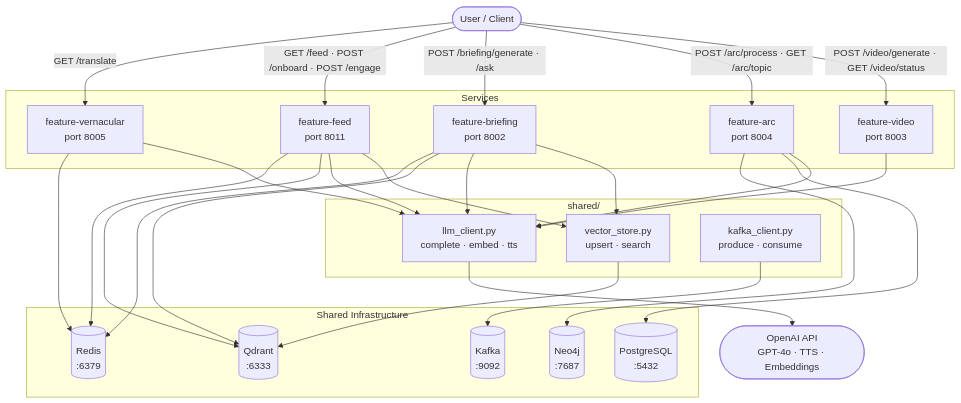
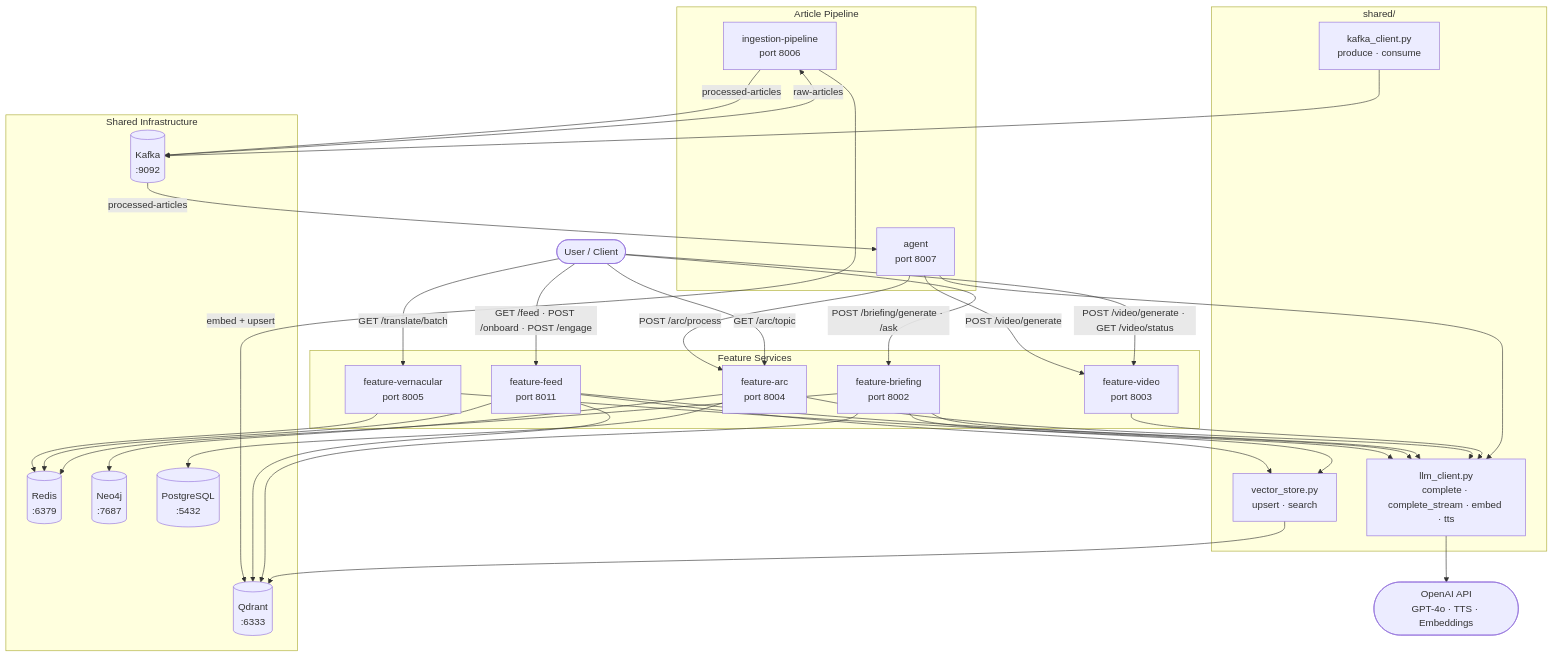
The first of 6 diagrams in README.md (anishaman6206/et-news-platform), drawn with Mermaid before and after one commit. The commit also changed other lines of this file and 4 other files, not shown here.

First line of the commit message:
docs: update README, ARCHITECTURE, startup scripts

````diff
--- a/README.md
+++ b/README.md
@@ -84,54 +85,67 @@
 ```mermaid
 flowchart TD
   User([User / Client])
 
-  subgraph Services
+  subgraph Pipeline[Article Pipeline]
+    Ingest[ingestion-pipeline\nport 8006]
+    Agent[agent\nport 8007]
+  end
+
+  subgraph Services[Feature Services]
     V[feature-vernacular\nport 8005]
     F[feature-feed\nport 8011]
     B[feature-briefing\nport 8002]
     A[feature-arc\nport 8004]
     VD[feature-video\nport 8003]
   end
 
   subgraph Infra[Shared Infrastructure]
     Redis[(Redis\n:6379)]
     Qdrant[(Qdrant\n:6333)]
     Neo4j[(Neo4j\n:7687)]
     Postgres[(PostgreSQL\n:5432)]
     Kafka[(Kafka\n:9092)]
   end
 
   subgraph Shared[shared/]
-    LLM[llm_client.py\ncomplete · embed · tts]
+    LLM[llm_client.py\ncomplete · complete_stream · embed · tts]
     VS[vector_store.py\nupsert · search]
     KC[kafka_client.py\nproduce · consume]
   end
 
   OpenAI([OpenAI API\nGPT-4o · TTS · Embeddings])
 
-  User -->|GET /translate| V
+  Kafka -->|raw-articles| Ingest
+  Ingest -->|embed + upsert| Qdrant
+  Ingest -->|processed-articles| Kafka
+  Kafka -->|processed-articles| Agent
+  Agent -->|POST /arc/process| A
+  Agent -->|POST /video/generate| VD
+
+  User -->|GET /translate/batch| V
   User -->|GET /feed · POST /onboard · POST /engage| F
   User -->|POST /briefing/generate · /ask| B
-  User -->|POST /arc/process · GET /arc/topic| A
+  User -->|GET /arc/topic| A
   User -->|POST /video/generate · GET /video/status| VD
 
   V --> Redis
   F --> Redis
   F --> Qdrant
   B --> Redis
   B --> Qdrant
   A --> Neo4j
   A --> Postgres
 
   V --> LLM
   F --> LLM
   F --> VS
   B --> LLM
   B --> VS
   A --> LLM
   VD --> LLM
+  Agent --> LLM
 
   VS --> Qdrant
   KC --> Kafka
   LLM --> OpenAI
 ```
````
